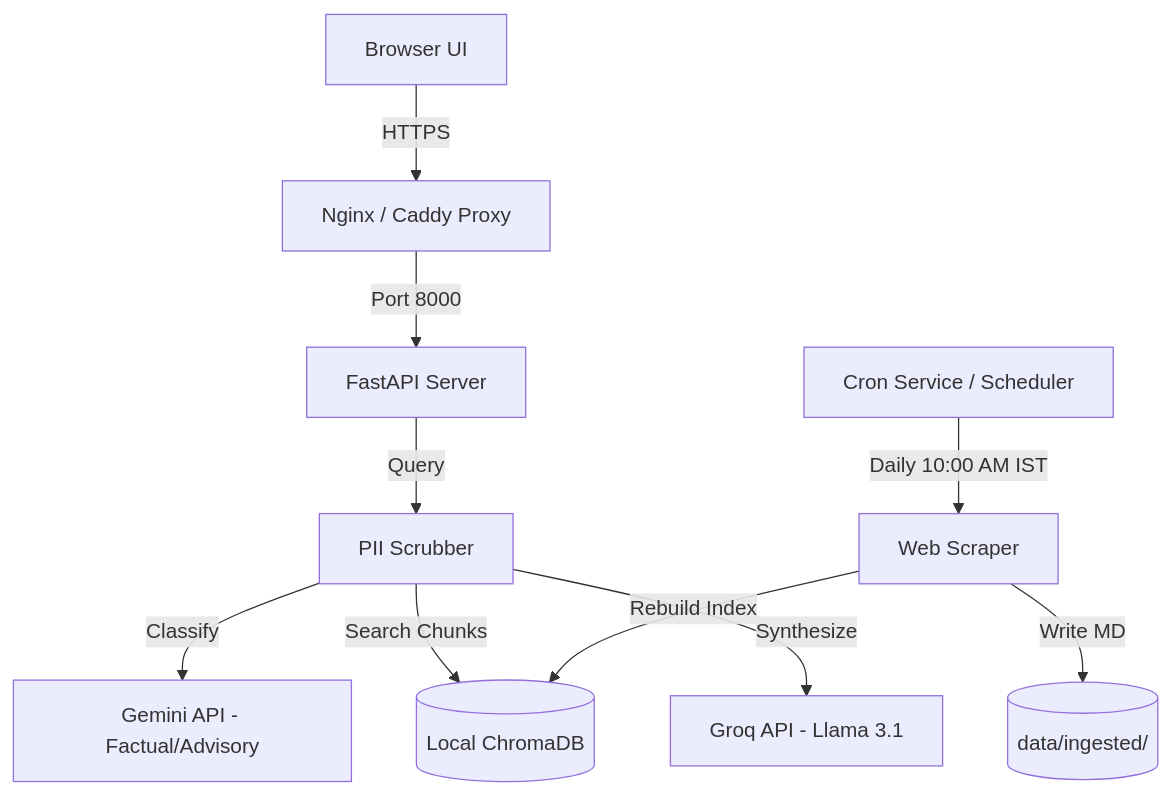
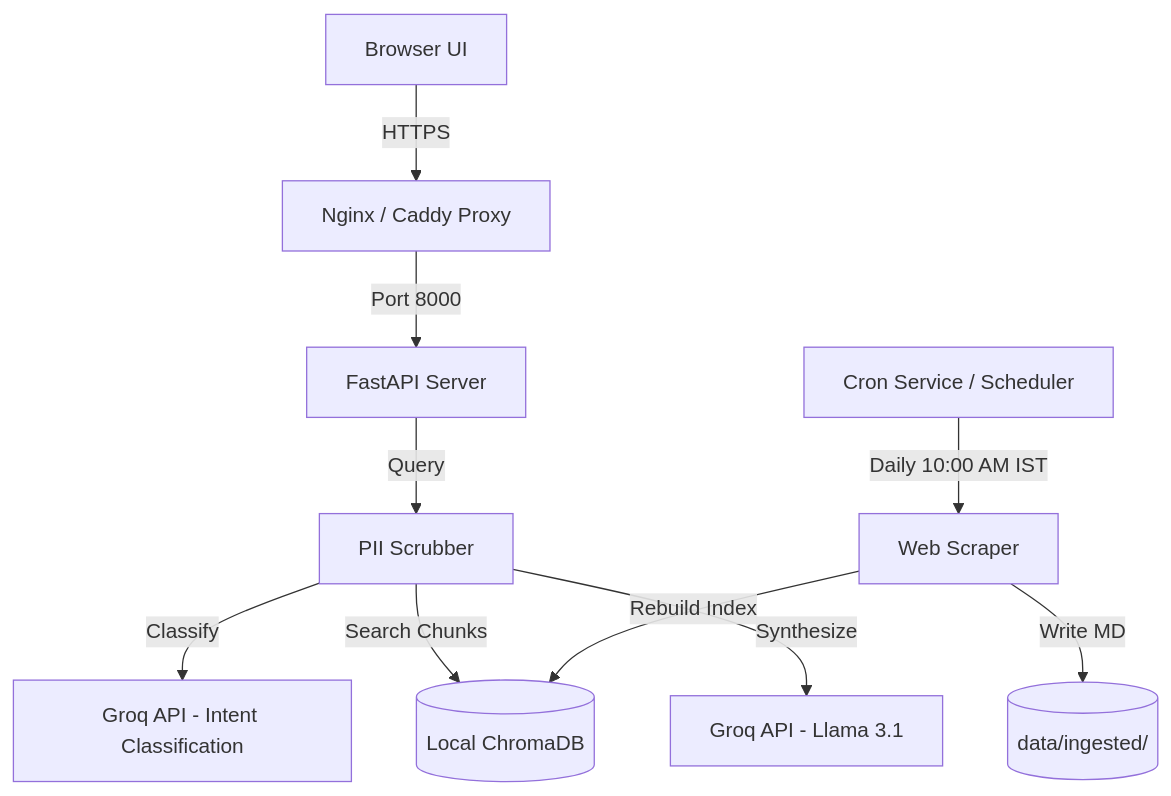
The diagram in Docs/deployment-plan.md (apanda007-Noida/BasicProject), drawn with Mermaid before and after one commit. The commit also changed other lines of this file, not shown here.

Commit message:
Update deployment plan to reflect Groq migration

````diff
--- a/Docs/deployment-plan.md
+++ b/Docs/deployment-plan.md
@@ -14,12 +14,12 @@
 ```mermaid
 graph TD
     Client[Browser UI] -->|HTTPS| Proxy[Nginx / Caddy Proxy]
     Proxy -->|Port 8000| FastAPI[FastAPI Server]
     FastAPI -->|Query| Scrubber[PII Scrubber]
-    Scrubber -->|Classify| Gemini[Gemini API - Factual/Advisory]
+    Scrubber -->|Classify| GroqClassify[Groq API - Intent Classification]
     Scrubber -->|Search Chunks| Chroma[(Local ChromaDB)]
     Scrubber -->|Synthesize| Groq[Groq API - Llama 3.1]
     Cron[Cron Service / Scheduler] -->|Daily 10:00 AM IST| Scraper[Web Scraper]
     Scraper -->|Write MD| Files[(data/ingested/)]
     Scraper -->|Rebuild Index| Chroma
 ```
````
